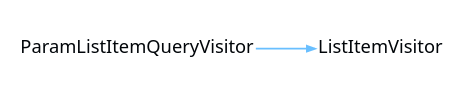
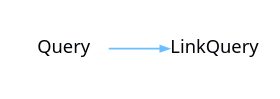
Before and after one commit to CharlesCarley/MdDox: the diagram in Current/images/internal-diagram-37.dot, drawn with Graphviz. The commit also changed 834 other files, not shown here.

```diff
--- a/Current/images/internal-diagram-37.dot
+++ b/Current/images/internal-diagram-37.dot
@@ -1,26 +1,26 @@
 digraph {
  rankdir = "LR"
  bgcolor = none;
  layout  = dot;
  edge [
    arrowsize = "0.5"
    color     = "#69BFFFFF"
  ]
- WntubES[
+ DKzUMA2[
    shape    = none
-   label    = "ParamListItemQueryVisitor"
+   label    = "Query"
    margin   = "0.01"
    fontname = "Segoe UI"
    fontsize = "11"
    fontcolor= "#010509FF"
  ]
- WxKubES[
+ qLEUMA2[
    shape    = none
-   label    = "ListItemVisitor"
+   label    = "LinkQuery"
    margin   = "0.01"
    fontname = "Segoe UI"
    fontsize = "11"
    fontcolor= "#010509FF"
  ]
- WntubES->WxKubES
+ DKzUMA2->qLEUMA2
 }
```
